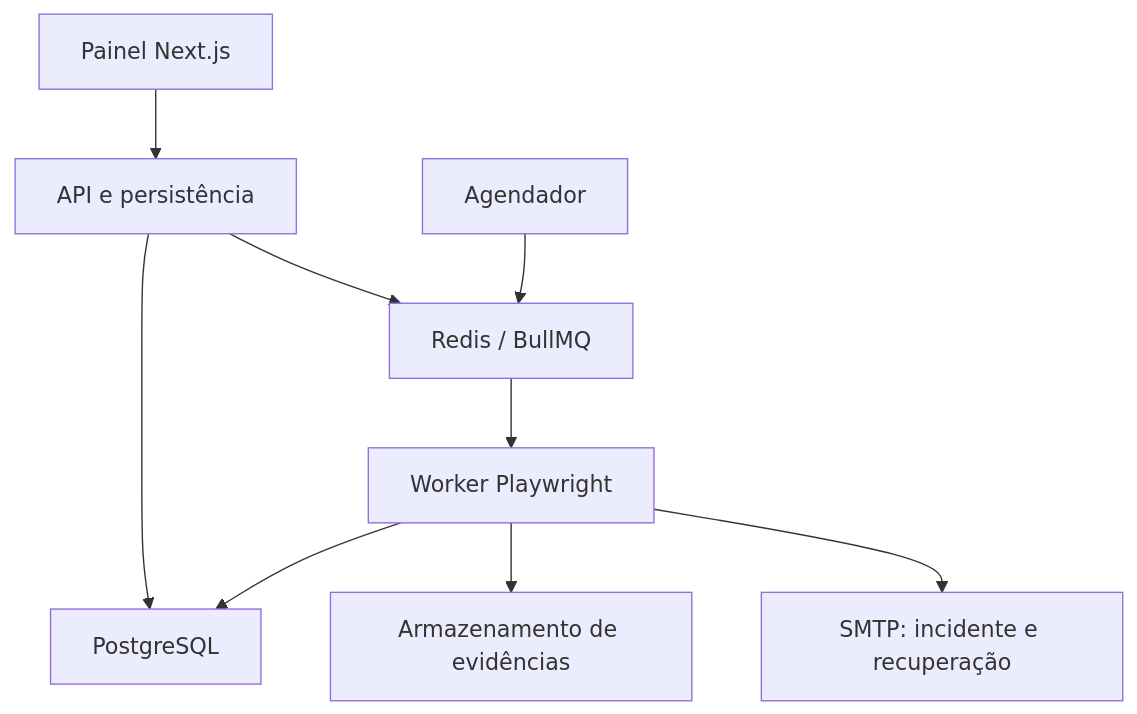
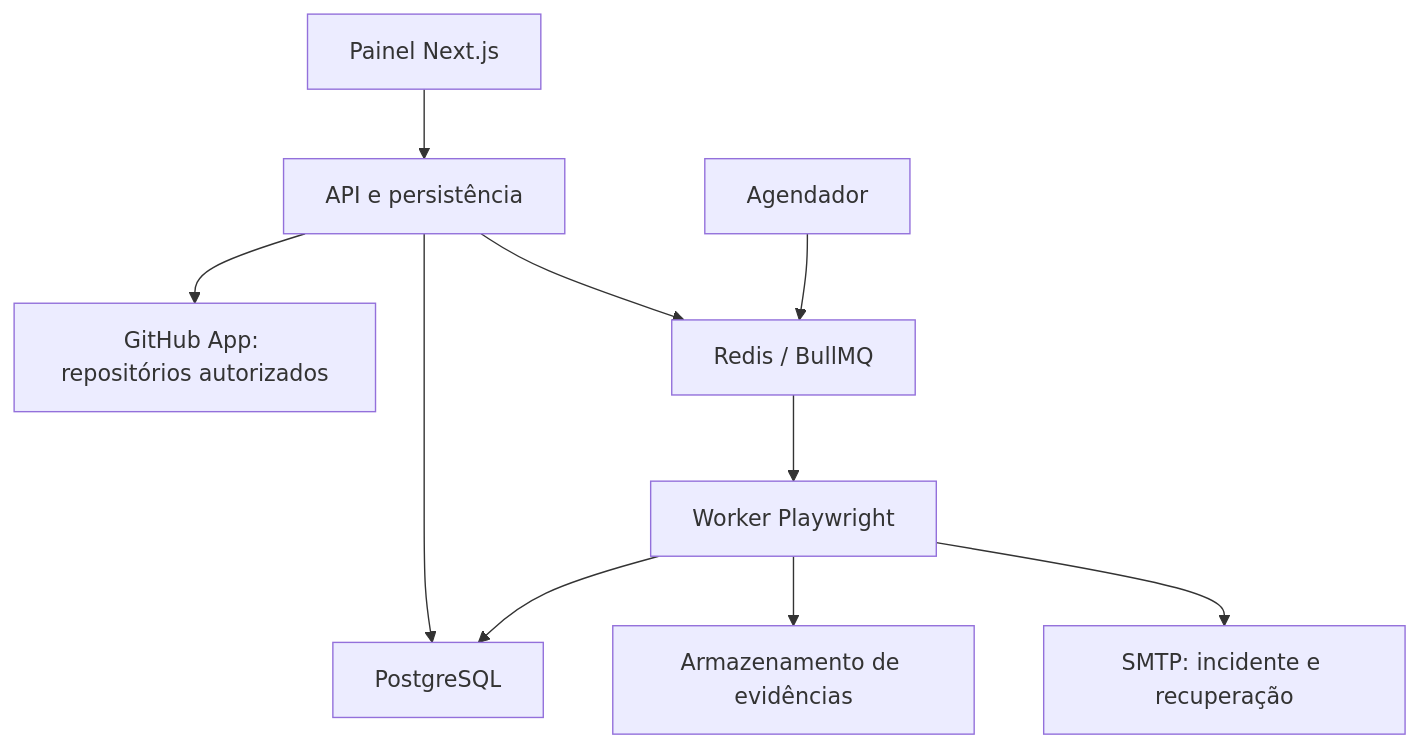
The diagram in docs/MVP.md (mrJoao28/Farol), drawn with Mermaid before and after one commit. The commit also changed other lines of this file, not shown here.

Commit message:
docs: make GitHub repository import primary MVP onboarding

````diff
--- a/docs/MVP.md
+++ b/docs/MVP.md
@@ -36,11 +40,12 @@
 ```mermaid
 flowchart TD
     U["Painel Next.js"] --> API["API e persistência"]
+    API --> GH["GitHub App: repositórios autorizados"]
     API --> DB["PostgreSQL"]
     API --> Q["Redis / BullMQ"]
     S["Agendador"] --> Q
     Q --> W["Worker Playwright"]
     W --> DB
     W --> A["Armazenamento de evidências"]
     W --> M["SMTP: incidente e recuperação"]
 ```
````
